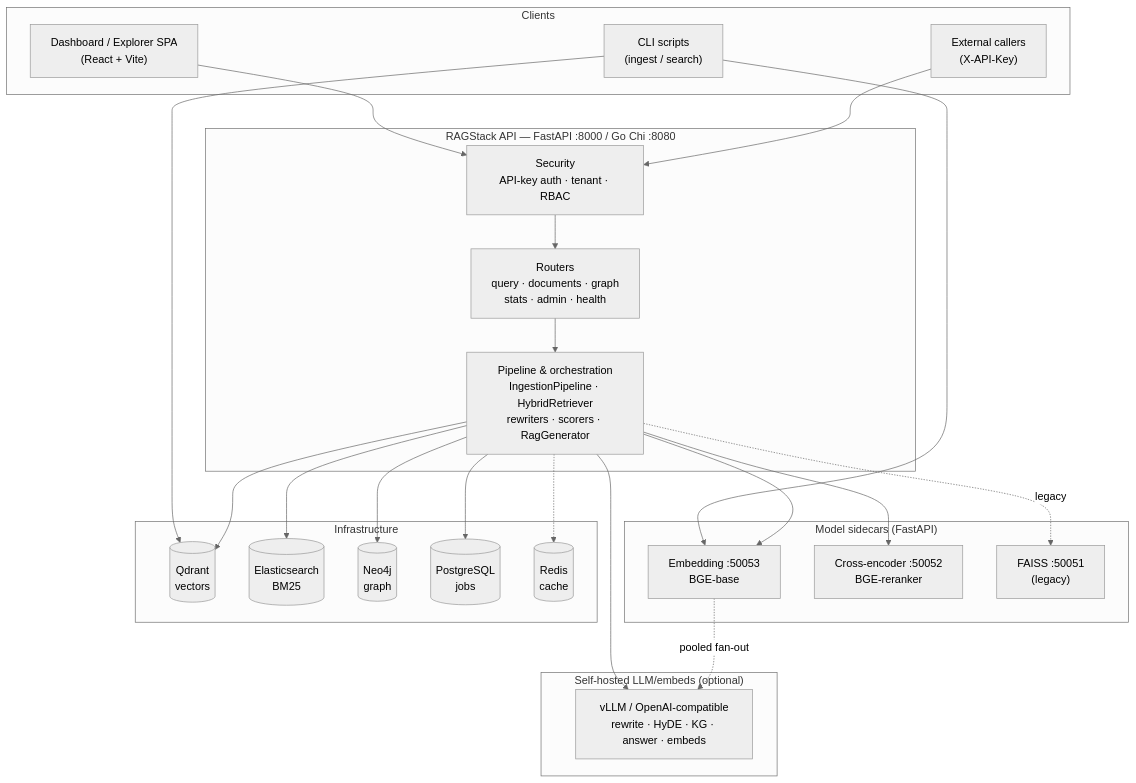
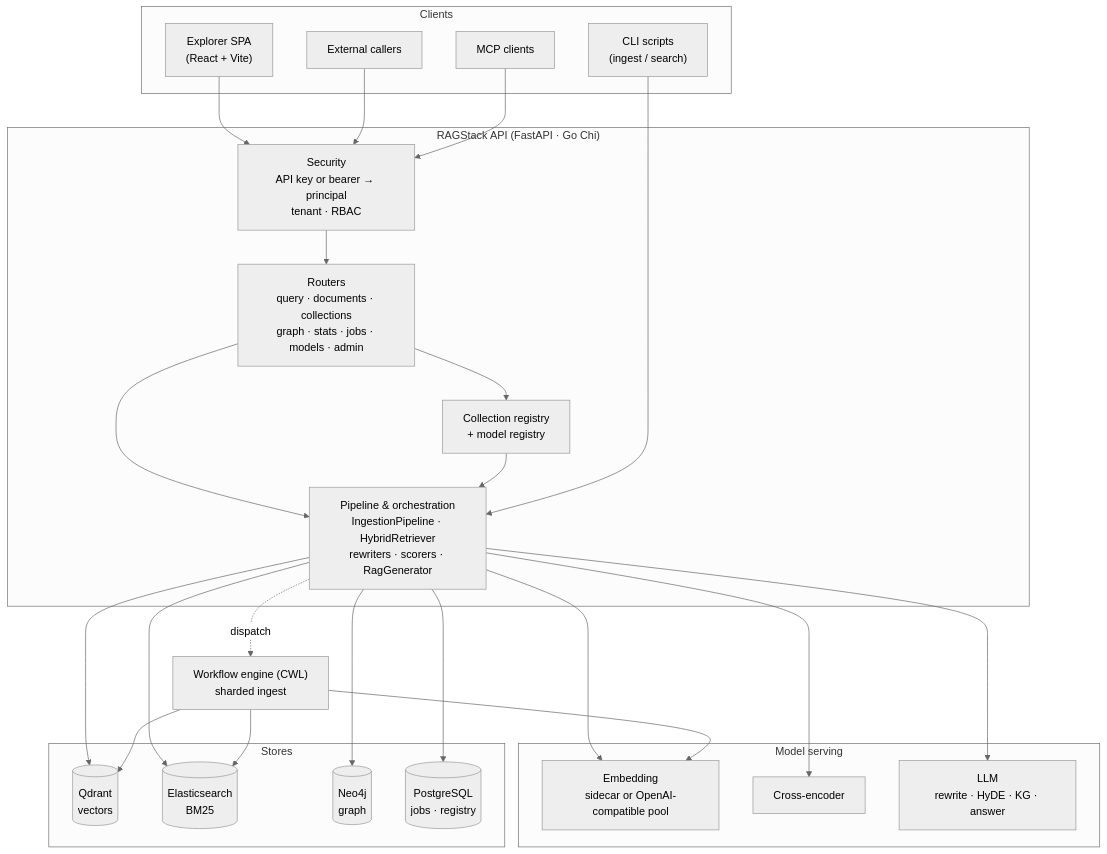
The first of 3 diagrams in docs/ARCHITECTURE.md (wilke/ragstack), drawn with Mermaid (neutral theme) before and after one commit. The commit also changed other lines of this file and 13 other files, not shown here.

````diff
--- a/docs/ARCHITECTURE.md
+++ b/docs/ARCHITECTURE.md
@@ -112,49 +207,51 @@
 ```mermaid
 graph TB
     subgraph clients["Clients"]
-        SPA["Dashboard / Explorer SPA<br/>(React + Vite)"]
+        SPA["Explorer SPA<br/>(React + Vite)"]
         CLI["CLI scripts<br/>(ingest / search)"]
-        EXT["External callers<br/>(X-API-Key)"]
+        MCPC["MCP clients"]
+        EXT["External callers"]
     end
 
-    subgraph api["RAGStack API — FastAPI :8000 / Go Chi :8080"]
-        SEC["Security<br/>API-key auth · tenant · RBAC"]
-        RT["Routers<br/>query · documents · graph<br/>stats · admin · health"]
+    subgraph api["RAGStack API (FastAPI · Go Chi)"]
+        SEC["Security<br/>API key or bearer → principal<br/>tenant · RBAC"]
+        RT["Routers<br/>query · documents · collections<br/>graph · stats · jobs · models · admin"]
+        REG["Collection registry<br/>+ model registry"]
         PIPE["Pipeline &amp; orchestration<br/>IngestionPipeline · HybridRetriever<br/>rewriters · scorers · RagGenerator"]
         SEC --> RT --> PIPE
+        RT --> REG
+        REG --> PIPE
     end
 
-    subgraph sidecars["Model sidecars (FastAPI)"]
-        EMB["Embedding :50053<br/>BGE-base"]
-        CE["Cross-encoder :50052<br/>BGE-reranker"]
-        FA["FAISS :50051<br/>(legacy)"]
+    subgraph models["Model serving"]
+        EMB["Embedding<br/>sidecar or OpenAI-compatible pool"]
+        CE["Cross-encoder"]
+        LLM["LLM<br/>rewrite · HyDE · KG · answer"]
     end
 
-    subgraph vllm["Self-hosted LLM/embeds (optional)"]
-        VLLM["vLLM / OpenAI-compatible<br/>rewrite · HyDE · KG · answer · embeds"]
-    end
-
-    subgraph infra["Infrastructure"]
+    subgraph infra["Stores"]
         QD[("Qdrant<br/>vectors")]
         ES[("Elasticsearch<br/>BM25")]
         NEO[("Neo4j<br/>graph")]
-        PG[("PostgreSQL<br/>jobs")]
-        RD[("Redis<br/>cache")]
+        PG[("PostgreSQL<br/>jobs · registry")]
     end
 
+    WF["Workflow engine (CWL)<br/>sharded ingest"]
+
     SPA --> SEC
-    CLI --> EMB
-    CLI --> QD
     EXT --> SEC
+    MCPC --> SEC
+    CLI --> PIPE
 
     PIPE --> EMB
     PIPE --> CE
-    PIPE -.legacy.-> FA
-    PIPE --> VLLM
+    PIPE --> LLM
     PIPE --> QD
     PIPE --> ES
     PIPE --> NEO
     PIPE --> PG
-    PIPE -.-> RD
-    EMB -.pooled fan-out.-> VLLM
+    PIPE -.dispatch.-> WF
+    WF --> EMB
+    WF --> QD
+    WF --> ES
 ```
````
